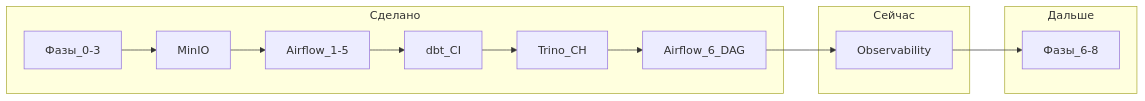
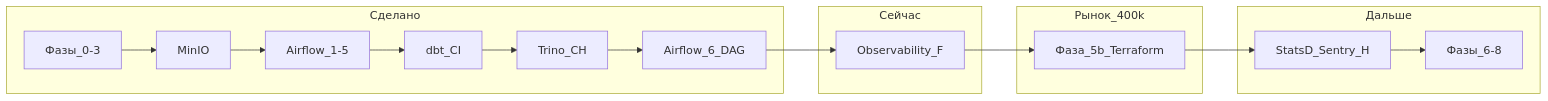
Before and after one commit to FedAnt/MlOps: the diagram in вакансий/карта-курса-лаборатории.md, drawn with Mermaid. The commit also changed other lines of this file and 6 other files, not shown here.

First line of the commit message:
Update training documentation to reflect progress on observability and Terraform MVP

````diff
--- a/вакансий/карта-курса-лаборатории.md
+++ b/вакансий/карта-курса-лаборатории.md
@@ -51,18 +64,22 @@
 ```mermaid
 flowchart LR
   subgraph done [Сделано]
     P03[Фазы_0-3]
     MinIO[MinIO]
     AF5[Airflow_1-5]
     dbtCI[dbt_CI]
     trinoCH[Trino_CH]
     AF6[Airflow_6_DAG]
   end
   subgraph now [Сейчас]
-    Obs[Observability]
+    Obs[Observability_F]
+  end
+  subgraph market [Рынок_400k]
+    TF[Фаза_5b_Terraform]
   end
   subgraph next [Дальше]
+    ObsRest[StatsD_Sentry_H]
     Fin[Фазы_6-8]
   end
-  P03 --> MinIO --> AF5 --> dbtCI --> trinoCH --> AF6 --> Obs --> Fin
+  P03 --> MinIO --> AF5 --> dbtCI --> trinoCH --> AF6 --> Obs --> TF --> ObsRest --> Fin
 ```
````
